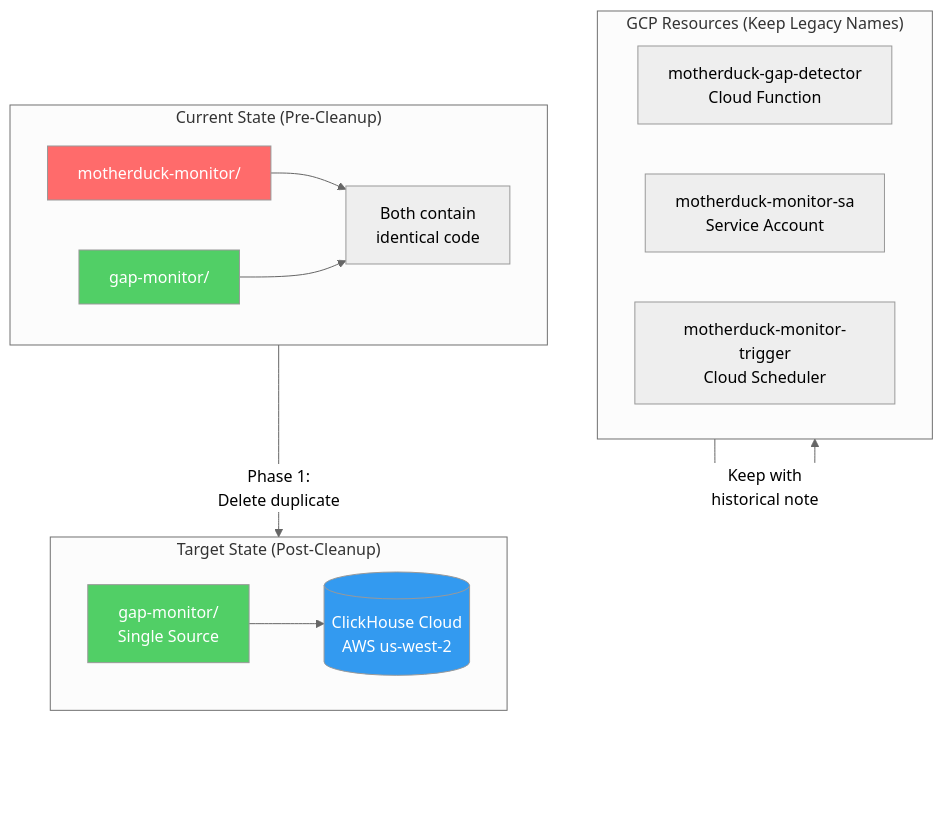
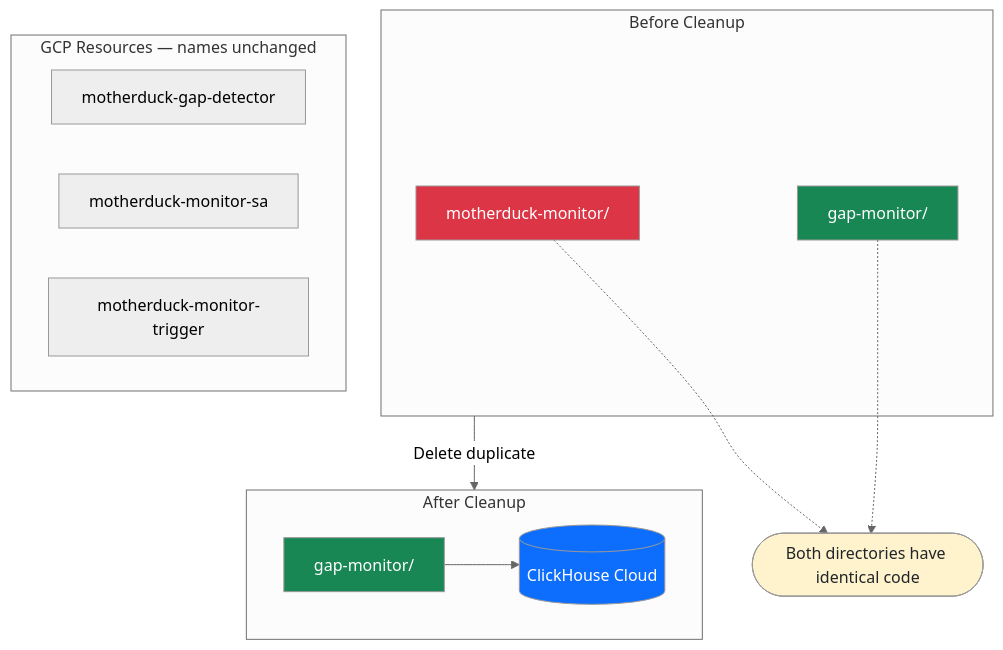
One commit to terrylica/gapless-network-data changed the diagram in docs/adr/2025-11-29-motherduck-clickhouse-cleanup.md. Above: the diagram before and after it, drawn with Mermaid (neutral theme).

Commit message:
style: improve mermaid diagram for GitHub rendering
- Use flowchart TB (top-to-bottom) for narrow width
- Move callout note outside subgraph
- Use high-contrast Bootstrap colors
- Simplify GCP section with subtitle approach

````diff
--- a/docs/adr/2025-11-29-motherduck-clickhouse-cleanup.md
+++ b/docs/adr/2025-11-29-motherduck-clickhouse-cleanup.md
@@ -61,30 +61,32 @@
 ```mermaid
-flowchart TD
-    subgraph Current["Current State (Pre-Cleanup)"]
-        MD[motherduck-monitor/]
-        GM[gap-monitor/]
-        BOTH["Both contain<br/>identical code"]
-        MD --> BOTH
-        GM --> BOTH
+flowchart TB
+    subgraph before["Before Cleanup"]
+        MD["motherduck-monitor/"]
+        GM1["gap-monitor/"]
     end
 
-    subgraph GCP["GCP Resources (Keep Legacy Names)"]
-        CF[motherduck-gap-detector<br/>Cloud Function]
-        SA[motherduck-monitor-sa<br/>Service Account]
-        SCH[motherduck-monitor-trigger<br/>Cloud Scheduler]
+    DUP(["Both directories have identical code"])
+    MD -.-> DUP
+    GM1 -.-> DUP
+
+    subgraph after["After Cleanup"]
+        GM2["gap-monitor/"]
+        CH[("ClickHouse Cloud")]
     end
 
-    subgraph Target["Target State (Post-Cleanup)"]
-        GM2[gap-monitor/<br/>Single Source]
-        CH[(ClickHouse Cloud<br/>AWS us-west-2)]
-        GM2 --> CH
+    GM2 --> CH
+
+    subgraph gcp["GCP Resources — names unchanged"]
+        CF["motherduck-gap-detector"]
+        SA["motherduck-monitor-sa"]
+        SCH["motherduck-monitor-trigger"]
     end
 
-    Current -->|"Phase 1:<br/>Delete duplicate"| Target
-    GCP -->|"Keep with<br/>historical note"| GCP
+    before -->|"Delete duplicate"| after
 
-    style MD fill:#ff6b6b,color:#fff
-    style GM fill:#51cf66,color:#fff
-    style GM2 fill:#51cf66,color:#fff
-    style CH fill:#339af0,color:#fff
+    style MD fill:#dc3545,color:#fff
+    style GM1 fill:#198754,color:#fff
+    style GM2 fill:#198754,color:#fff
+    style CH fill:#0d6efd,color:#fff
+    style DUP fill:#fff3cd,color:#212529
 ```
````
